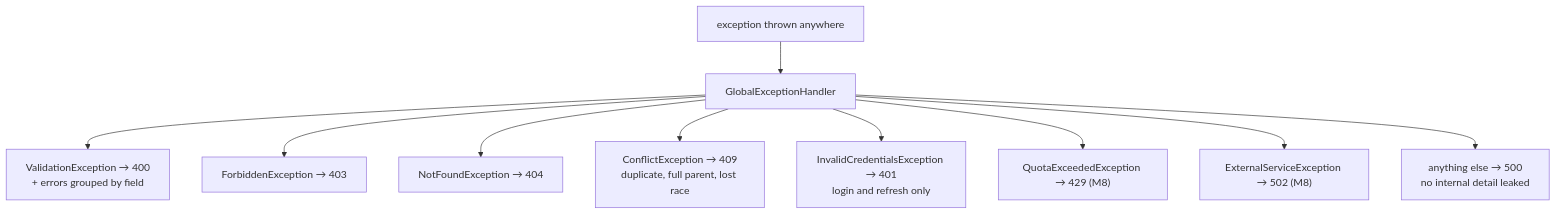
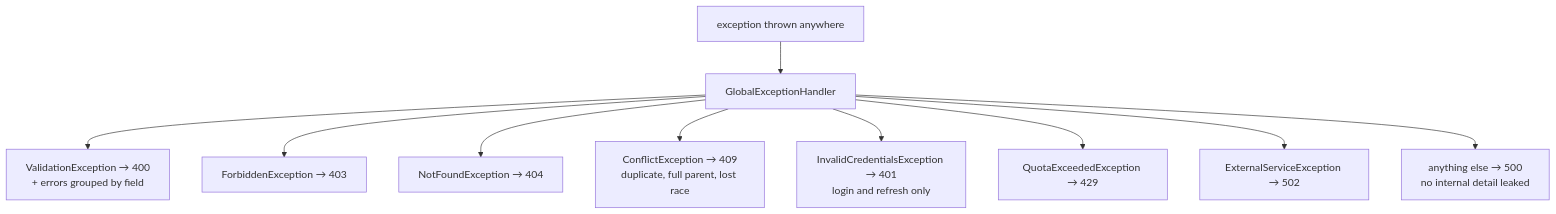
Before and after one commit to alamr-nawaf/StudyHub: the sixth of 8 diagrams in docs/ARCHITECTURE.md, drawn with Mermaid. The commit also changed other lines of this file and 40 other files, not shown here.

````diff
--- a/docs/ARCHITECTURE.md
+++ b/docs/ARCHITECTURE.md
@@ -323,12 +327,12 @@
 ```mermaid
 graph TD
     E["exception thrown anywhere"] --> G["GlobalExceptionHandler"]
     G --> V["ValidationException → 400<br/>+ errors grouped by field"]
     G --> F["ForbiddenException → 403"]
     G --> N["NotFoundException → 404"]
     G --> C["ConflictException → 409<br/>duplicate, full parent, lost race"]
     G --> I["InvalidCredentialsException → 401<br/>login and refresh only"]
-    G --> Q["QuotaExceededException → 429 (M8)"]
-    G --> X["ExternalServiceException → 502 (M8)"]
+    G --> Q["QuotaExceededException → 429"]
+    G --> X["ExternalServiceException → 502"]
     G --> S["anything else → 500<br/>no internal detail leaked"]
 ```
````
